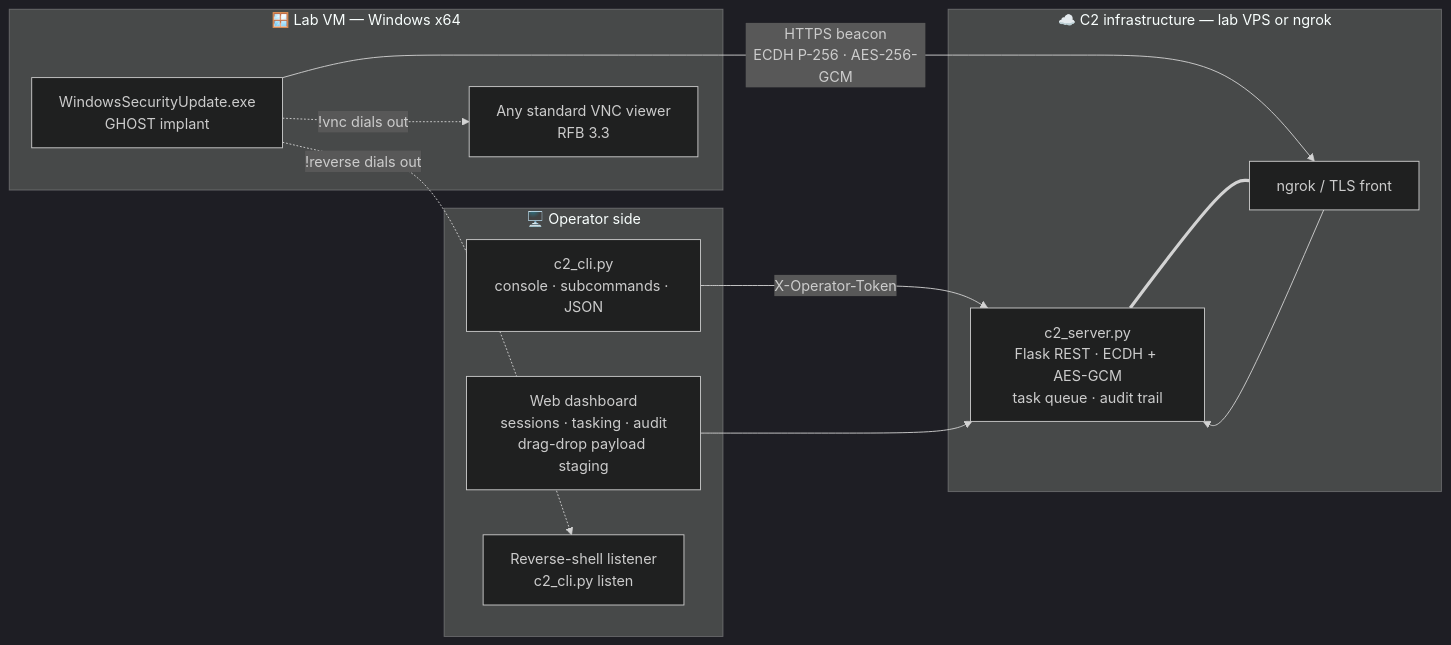
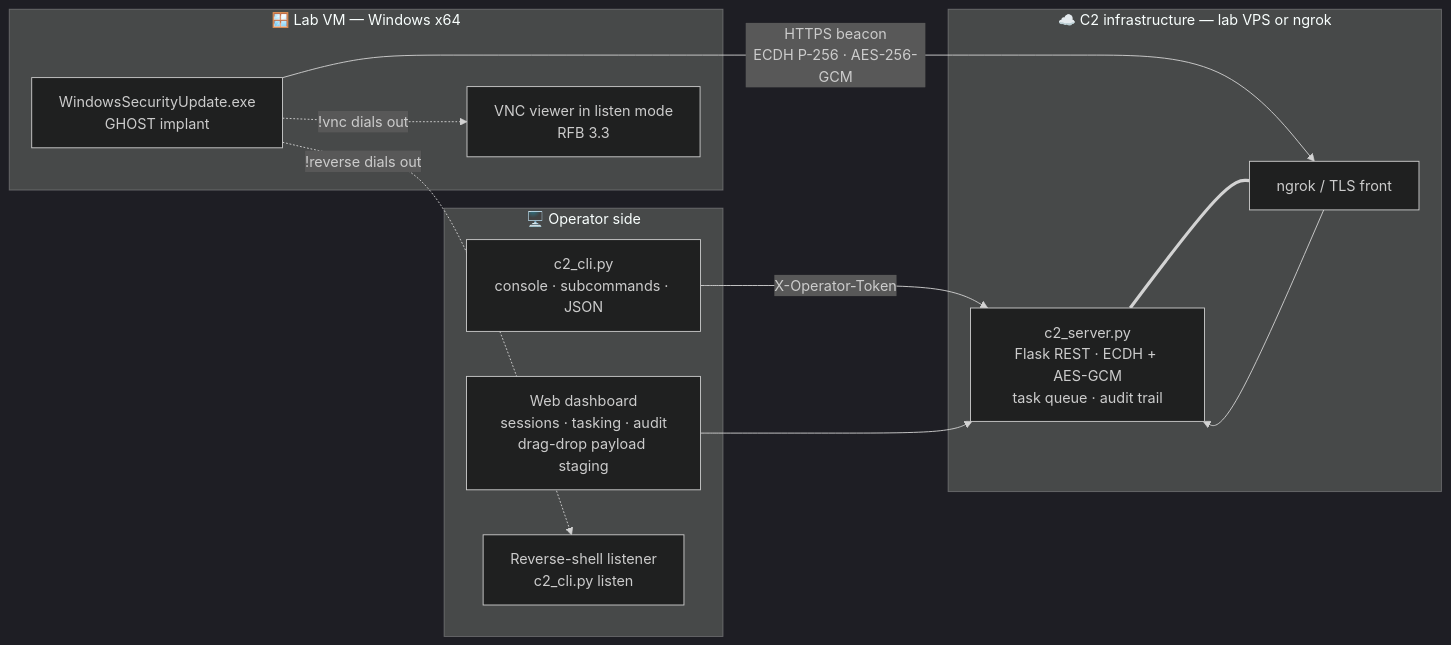
The first of 3 diagrams in README.md (kalidada18/ghostimplant), drawn with Mermaid (dark theme) before and after one commit. The commit also changed other lines of this file, not shown here.

````diff
--- a/README.md
+++ b/README.md
@@ -150,26 +150,26 @@
 ```mermaid
 flowchart LR
     subgraph OPS["🖥️ Operator side"]
         CLI["c2_cli.py<br/>console · subcommands · JSON"]
         DASH["Web dashboard<br/>sessions · tasking · audit<br/>drag-drop payload staging"]
         LIS["Reverse-shell listener<br/>c2_cli.py listen"]
     end
 
     subgraph INFRA["☁️ C2 infrastructure — lab VPS or ngrok"]
         SRV["c2_server.py<br/>Flask REST · ECDH + AES-GCM<br/>task queue · audit trail"]
         TUN["ngrok / TLS front"]
     end
 
     subgraph LAB["🪟 Lab VM — Windows x64"]
         IMPL["WindowsSecurityUpdate.exe<br/>GHOST implant"]
-        VNC["Any standard VNC viewer<br/>RFB 3.3"]
+        VNC["VNC viewer in listen mode<br/>RFB 3.3"]
     end
 
     CLI -->|"X-Operator-Token"| SRV
     DASH --> SRV
     SRV === TUN
     IMPL -->|"HTTPS beacon<br/>ECDH P-256 · AES-256-GCM"| TUN
     TUN --> SRV
     IMPL -.->|"!vnc dials out"| VNC
     IMPL -.->|"!reverse dials out"| LIS
 ```
````
